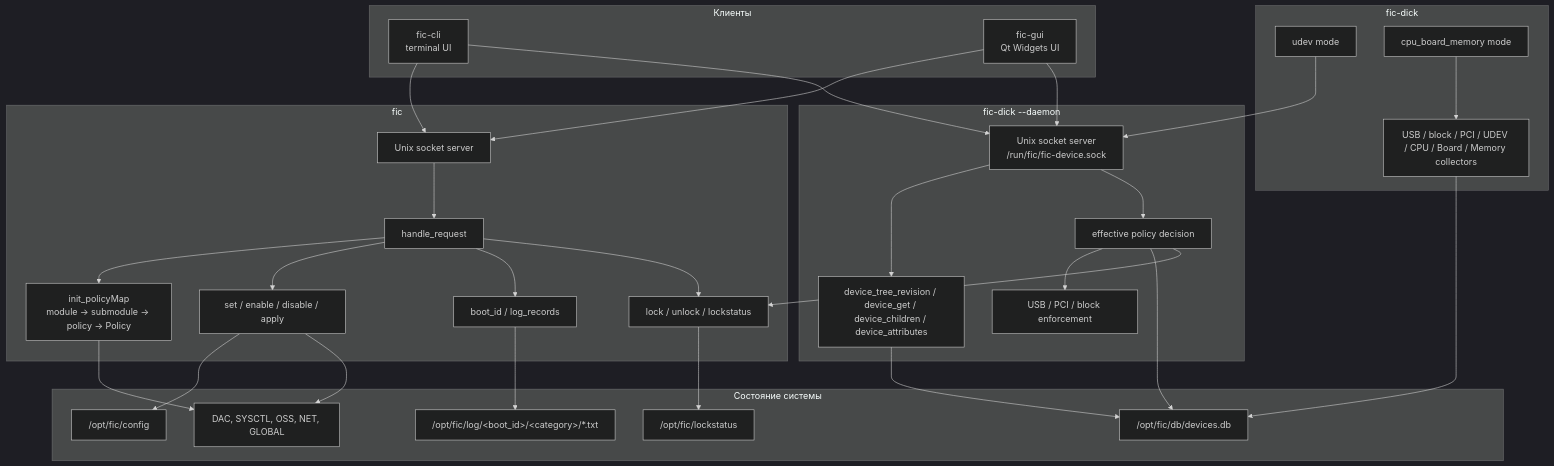
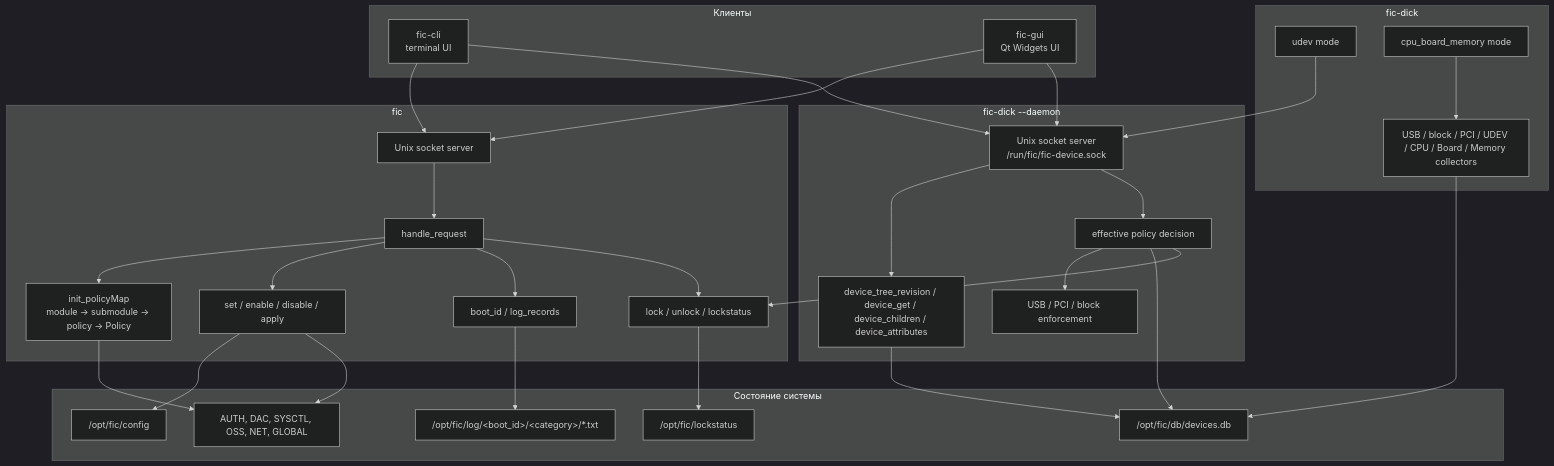
The second of 16 diagrams in docs/architecture-diagrams.md (RevoltStar/FIC), drawn with Mermaid (dark theme) before and after one commit. The commit also changed other lines of this file and 43 other files, not shown here.

````diff
--- a/docs/architecture-diagrams.md
+++ b/docs/architecture-diagrams.md
@@ -69,63 +69,63 @@
 ```mermaid
 flowchart TB
     subgraph Clients[Клиенты]
         cli["fic-cli<br/>terminal UI"]
         gui["fic-gui<br/>Qt Widgets UI"]
     end
 
     subgraph Daemon[fic]
         ipcServer[Unix socket server]
         requestRouter[handle_request]
         policyMap["init_policyMap<br/>module -> submodule -> policy -> Policy"]
         policyOps[set / enable / disable / apply]
         logApi[boot_id / log_records]
         lockApi[lock / unlock / lockstatus]
     end
 
     subgraph DeviceDaemon["fic-dick --daemon"]
         deviceIpc[Unix socket server<br/>/run/fic/fic-device.sock]
         deviceApi[device_tree_revision / device_get / device_children / device_attributes]
         devicePolicy[effective policy decision]
         deviceApply[USB / PCI / block enforcement]
     end
 
     subgraph CoreStorage[Состояние системы]
         config["/opt/fic/config"]
-        modules[DAC, SYSCTL, OSS, NET, GLOBAL]
+        modules[AUTH, DAC, SYSCTL, OSS, NET, GLOBAL]
         logs["/opt/fic/log/&lt;boot_id&gt;/&lt;category&gt;/*.txt"]
         db["/opt/fic/db/devices.db"]
         lockstatus["/opt/fic/lockstatus"]
     end
 
     subgraph Collectors[fic-dick]
         udevMode[udev mode]
         staticMode[cpu_board_memory mode]
         collectors[USB / block / PCI / UDEV / CPU / Board / Memory collectors]
     end
 
     cli --> ipcServer
     gui --> ipcServer
     cli --> deviceIpc
     gui --> deviceIpc
     ipcServer --> requestRouter
     requestRouter --> policyMap
     requestRouter --> policyOps
     requestRouter --> logApi
     requestRouter --> lockApi
     deviceIpc --> deviceApi
     deviceIpc --> devicePolicy
     devicePolicy --> deviceApply
 
     policyMap --> modules
     policyOps --> config
     policyOps --> modules
     logApi --> logs
     deviceApi --> db
     devicePolicy --> db
     lockApi --> lockstatus
     devicePolicy --> lockApi
 
     udevMode --> deviceIpc
     staticMode --> collectors
     collectors --> db
 ```
````
